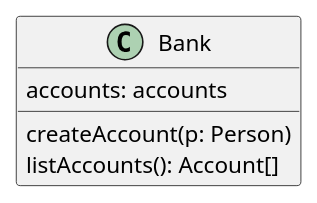
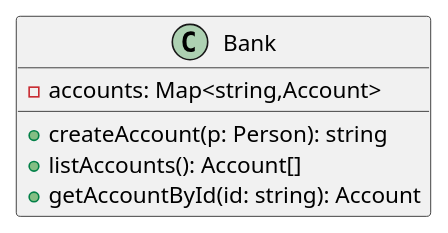
The diagram in docs/lectures/20191217/banking/01-bank.plantuml (krisztiankazinczi/bh-fst01), drawn with PlantUML before and after one commit. The commit also changed 5 other files, not shown here.

```diff
--- a/docs/lectures/20191217/banking/01-bank.plantuml
+++ b/docs/lectures/20191217/banking/01-bank.plantuml
@@ -1,7 +1,9 @@
 @startuml
 class Bank {
-    accounts: accounts
-    createAccount(p: Person)
-    listAccounts(): Account[]
+    - accounts: Map<string,Account>
+
+    + createAccount(p: Person): string
+    + listAccounts(): Account[]
+    + getAccountById(id: string): Account
 }
 @enduml
```
